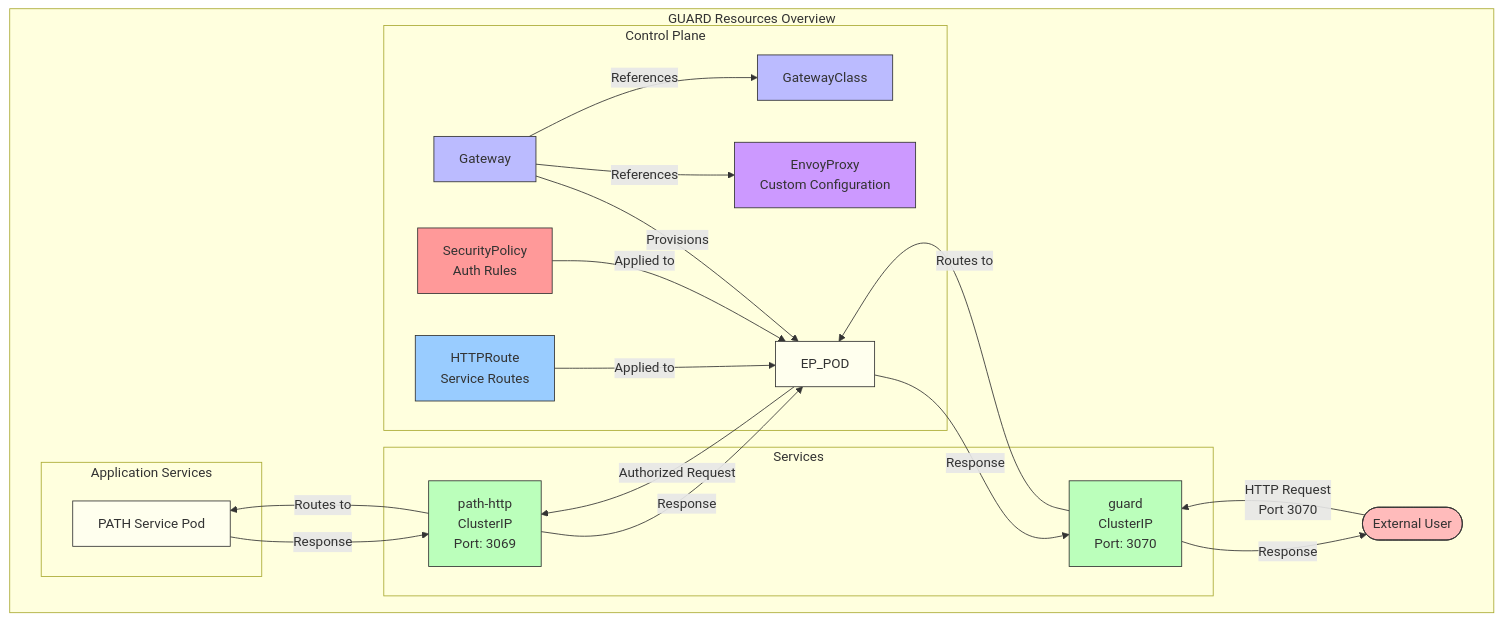
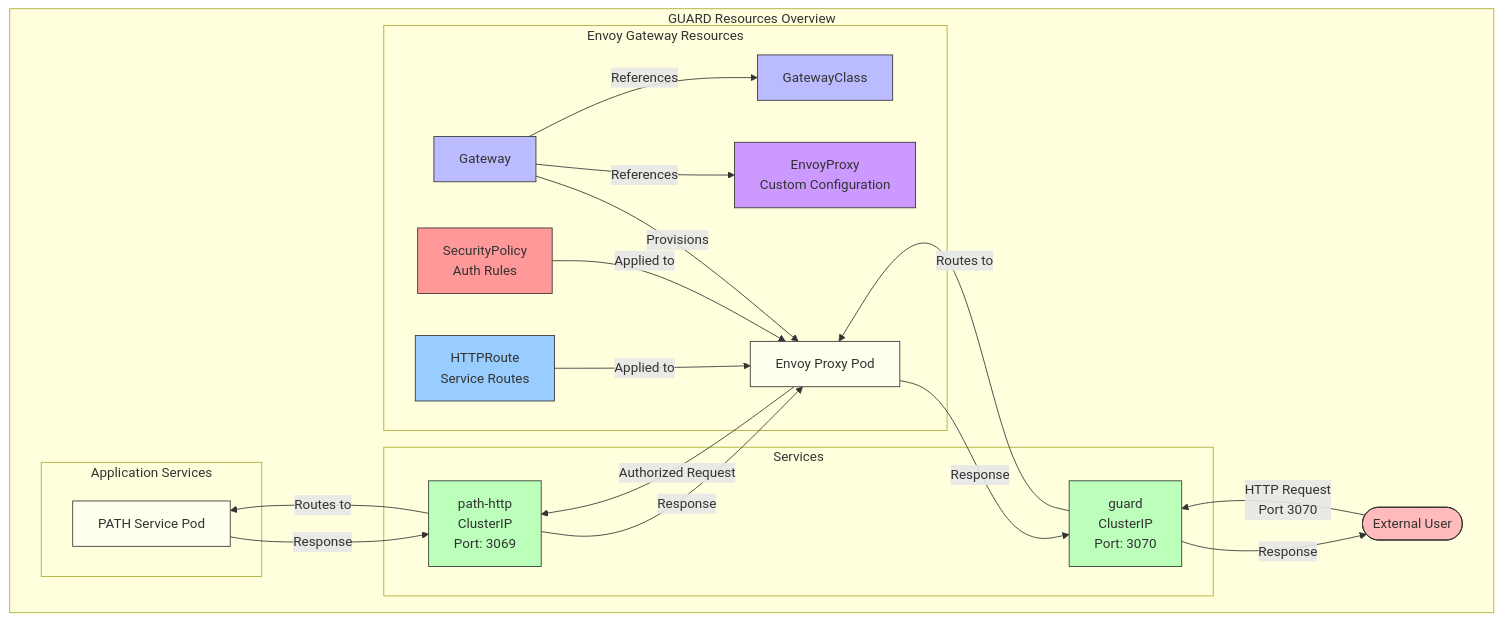
The second of 3 diagrams in charts/guard/README.md (buildwithgrove/helm-charts), drawn with Mermaid before and after one commit.

Commit message:
fix: Envoy Proxy pod label

````diff
--- a/charts/guard/README.md
+++ b/charts/guard/README.md
@@ -80,54 +80,55 @@
 ```mermaid
 graph TD
     User(["External User"]) -->|"HTTP Request<br>Port 3070"| GUARD_SVC
     
     subgraph Kubernetes_Cluster["GUARD Resources Overview"]
-        subgraph Control_Plane["Control Plane"]
+        subgraph Control_Plane["Envoy Gateway Resources"]
             GC["GatewayClass"]
             G["Gateway"]
             EP["EnvoyProxy<br>Custom Configuration"]
             HR["HTTPRoute<br>Service Routes"]
             SP["SecurityPolicy<br>Auth Rules"]
+            EP_POD["Envoy Proxy Pod"]
             
             G -->|References| GC
             G -->|References| EP
             HR -->|Applied to| EP_POD
             SP -->|Applied to| EP_POD
             G -->|Provisions| EP_POD
         end
         
         subgraph Services["Services"]
             GUARD_SVC["guard<br>ClusterIP<br>Port: 3070"]
             PATH_SVC["path-http<br>ClusterIP<br>Port: 3069"]
         end
         
         
         subgraph Backend["Application Services"]
             PATH_POD["PATH Service Pod"]
         end
         
         GUARD_SVC -->|Routes to| EP_POD
         EP_POD -->|Authorized Request| PATH_SVC
         PATH_SVC -->|Routes to| PATH_POD
         PATH_POD -->|Response| PATH_SVC
         PATH_SVC -->|Response| EP_POD
         EP_POD -->|Response| GUARD_SVC
         GUARD_SVC -->|Response| User
     end
 
 classDef resource fill:#bbf,stroke:#333
 classDef custom fill:#c9f,stroke:#333
 classDef service fill:#bfb,stroke:#333
 classDef pod fill:#ffe,stroke:#333
 classDef external fill:#fbb,stroke:#333
 classDef route fill:#9cf,stroke:#333
 classDef policy fill:#f99,stroke:#333
 
 class GC,G resource
 class EP custom
 class HR route
 class SP policy
 class GUARD_SVC,PATH_SVC service
 class EP_POD,PATH_POD pod
 class User external
 ```
````
